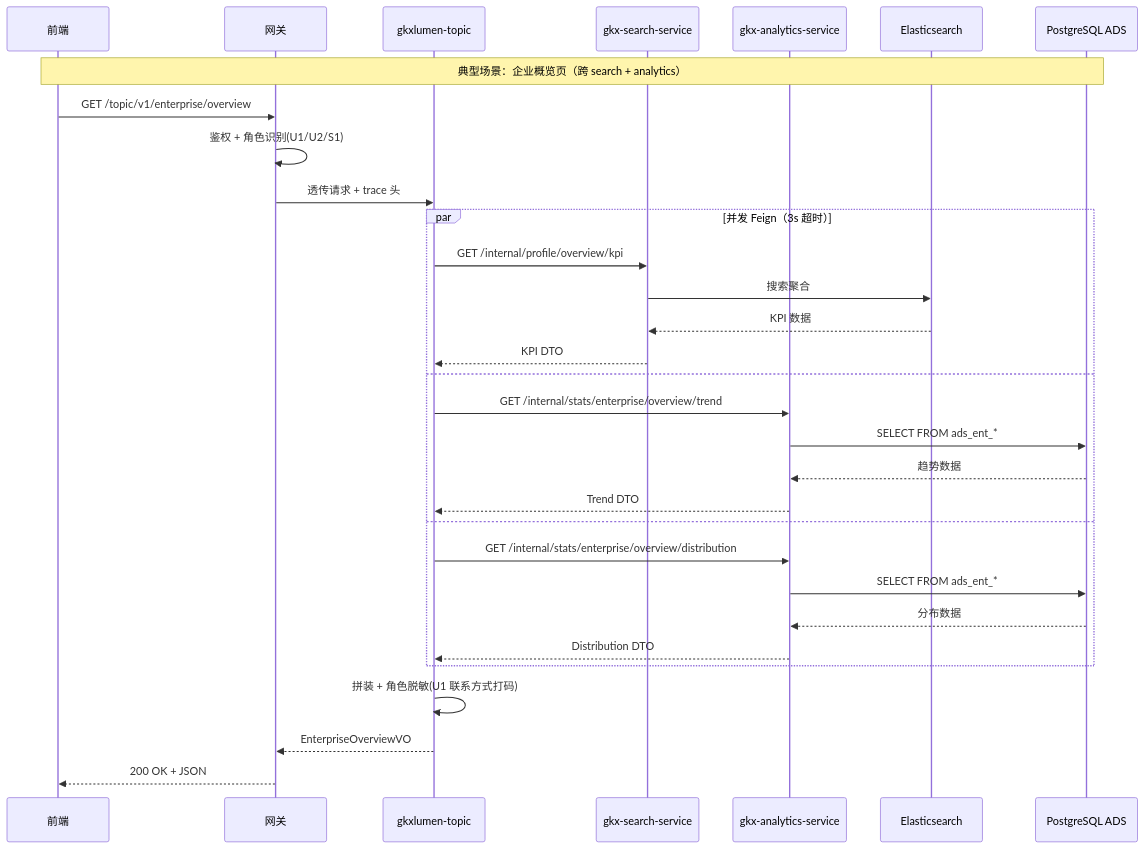
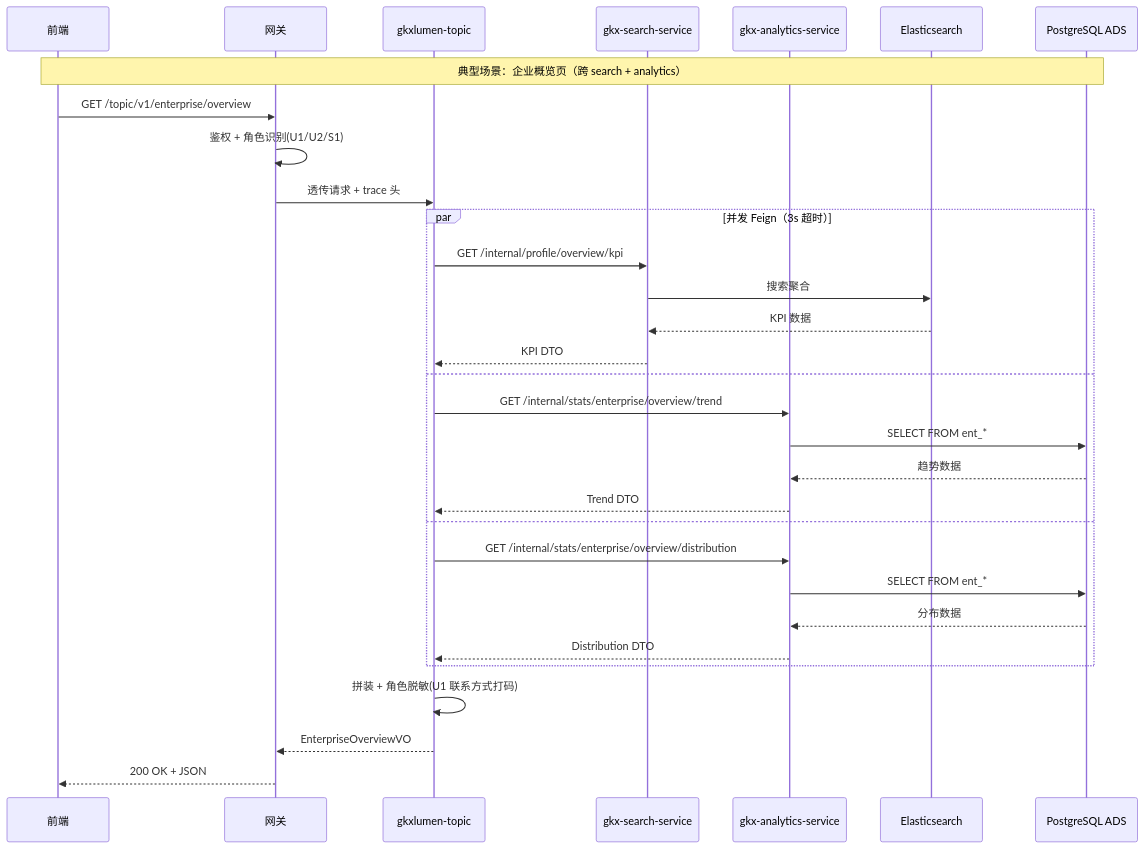
One commit to Marisolebxf/- changed the second of 3 diagrams in agent-delivery/企业维度-Python微服务架构预设计.md. Above: the diagram before and after it, drawn with Mermaid. The commit also changed other lines of this file and 26 other files, not shown here.

First line of the commit message:
docs(data): align ENT/CHAIN/POLICY docs to PG schema.table naming [agent:data]

````diff
--- a/agent-delivery/企业维度-Python微服务架构预设计.md
+++ b/agent-delivery/企业维度-Python微服务架构预设计.md
@@ -1328,36 +1328,36 @@
 ```mermaid
 sequenceDiagram
     participant FE as 前端
     participant GW as 网关
     participant TOPIC as gkxlumen-topic
     participant SEARCH as gkx-search-service
     participant ANALYTICS as gkx-analytics-service
     participant ES as Elasticsearch
     participant PG as PostgreSQL ADS
 
     Note over FE,PG: 典型场景：企业概览页（跨 search + analytics）
     FE->>GW: GET /topic/v1/enterprise/overview
     GW->>GW: 鉴权 + 角色识别(U1/U2/S1)
     GW->>TOPIC: 透传请求 + trace 头
 
     par 并发 Feign（3s 超时）
         TOPIC->>SEARCH: GET /internal/profile/overview/kpi
         SEARCH->>ES: 搜索聚合
         ES-->>SEARCH: KPI 数据
         SEARCH-->>TOPIC: KPI DTO
     and
         TOPIC->>ANALYTICS: GET /internal/stats/enterprise/overview/trend
-        ANALYTICS->>PG: SELECT FROM ads_ent_*
+        ANALYTICS->>PG: SELECT FROM ent_*
         PG-->>ANALYTICS: 趋势数据
         ANALYTICS-->>TOPIC: Trend DTO
     and
         TOPIC->>ANALYTICS: GET /internal/stats/enterprise/overview/distribution
-        ANALYTICS->>PG: SELECT FROM ads_ent_*
+        ANALYTICS->>PG: SELECT FROM ent_*
         PG-->>ANALYTICS: 分布数据
         ANALYTICS-->>TOPIC: Distribution DTO
     end
 
     TOPIC->>TOPIC: 拼装 + 角色脱敏(U1 联系方式打码)
     TOPIC-->>GW: EnterpriseOverviewVO
     GW-->>FE: 200 OK + JSON
 ```
````
